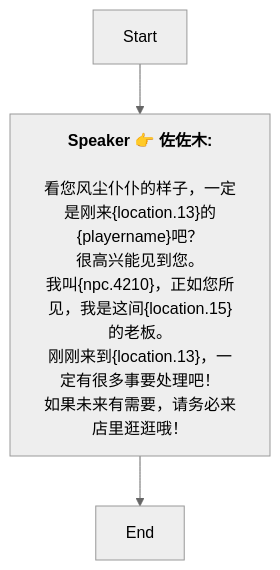
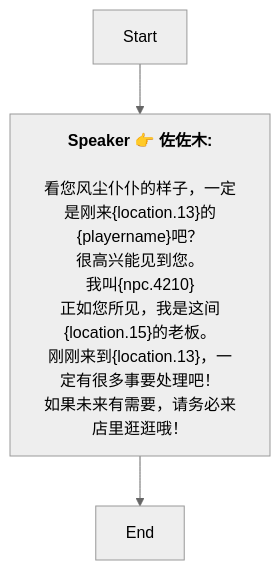
One commit to SoftHu/tos_avg changed the diagram in Zh/AddDialogNode_1741913201187106.md. Above: the diagram before and after it, drawn with Mermaid (neutral theme). The commit also changed 199 other files, not shown here.

````diff
--- a/Zh/AddDialogNode_1741913201187106.md
+++ b/Zh/AddDialogNode_1741913201187106.md
@@ -1,12 +1,13 @@
 ```mermaid
 graph
 Start -->1741913256429861[<b>Speaker 👉 佐佐木:</b>
 
 看您风尘仆仆的样子，一定是刚来&lbrace;location.13&rbrace;的&lbrace;playername&rbrace;吧？
 很高兴能见到您。
-我叫&lbrace;npc.4210&rbrace;，正如您所见，我是这间&lbrace;location.15&rbrace;的老板。
+我叫&lbrace;npc.4210&rbrace;
+正如您所见，我是这间&lbrace;location.15&rbrace;的老板。
 刚刚来到&lbrace;location.13&rbrace;，一定有很多事要处理吧！
 如果未来有需要，请务必来店里逛逛哦！]
 1741913256429861 -->1741913522488614[End]
 
  ```
````
